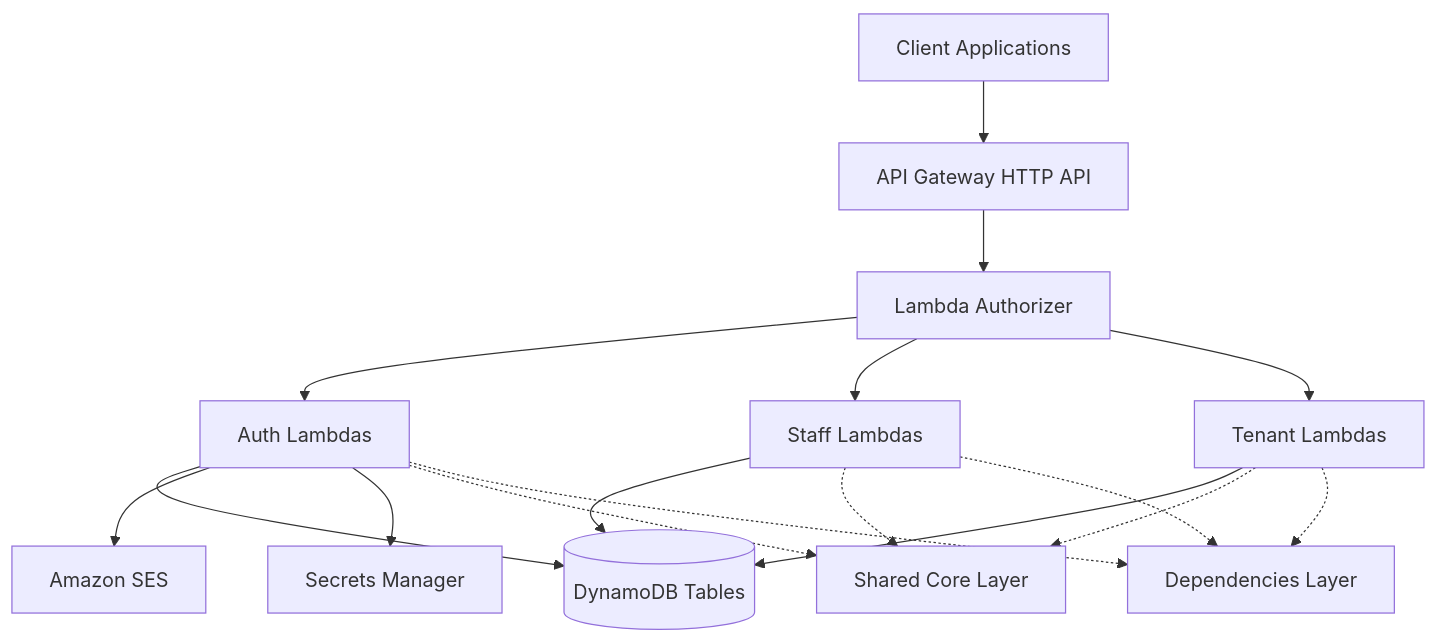
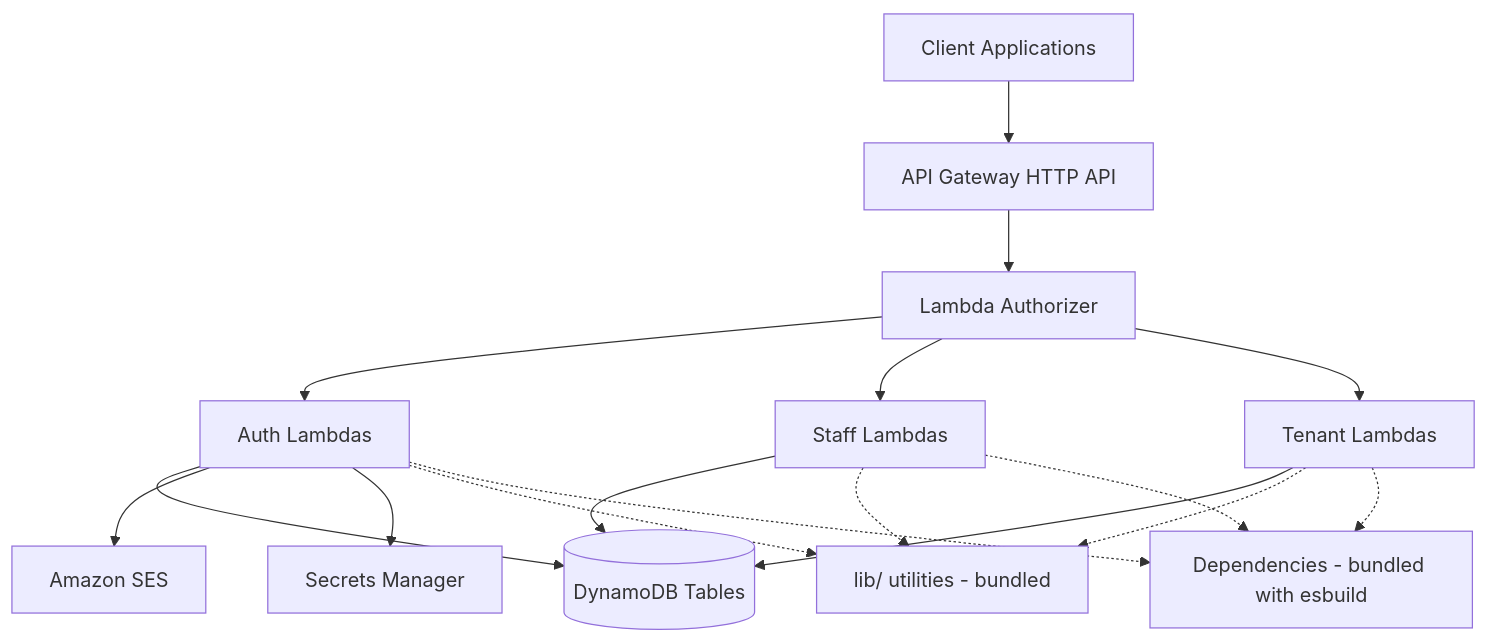
Before and after one commit to iversion-git/onboard: the diagram in .kiro/specs/aws-lambda-control-plane/design.md, drawn with Mermaid. The commit also changed other lines of this file and 72 other files, not shown here.

````diff
--- a/.kiro/specs/aws-lambda-control-plane/design.md
+++ b/.kiro/specs/aws-lambda-control-plane/design.md
@@ -13,23 +13,23 @@
 ```mermaid
 graph TB
     Client[Client Applications] --> APIGW[API Gateway HTTP API]
     APIGW --> Auth[Lambda Authorizer]
     Auth --> AuthLambda[Auth Lambdas]
     Auth --> StaffLambda[Staff Lambdas]
     Auth --> TenantLambda[Tenant Lambdas]
     
     AuthLambda --> DDB[(DynamoDB Tables)]
     StaffLambda --> DDB
     TenantLambda --> DDB
     
     AuthLambda --> SES[Amazon SES]
     AuthLambda --> SM[Secrets Manager]
     
-    AuthLambda -.-> CoreLayer[Shared Core Layer]
-    StaffLambda -.-> CoreLayer
-    TenantLambda -.-> CoreLayer
+    AuthLambda -.-> LibUtils[lib/ utilities - bundled]
+    StaffLambda -.-> LibUtils
+    TenantLambda -.-> LibUtils
     
-    AuthLambda -.-> DepsLayer[Dependencies Layer]
-    StaffLambda -.-> DepsLayer
-    TenantLambda -.-> DepsLayer
+    AuthLambda -.-> BundledDeps[Dependencies - bundled with esbuild]
+    StaffLambda -.-> BundledDeps
+    TenantLambda -.-> BundledDeps
 ```
````
